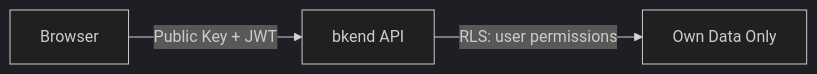
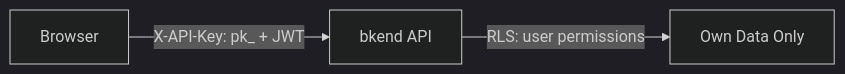
One commit to popup-studio-ai/bkend-docs changed the first of 2 diagrams in en/security/03-public-vs-secret.md. Above: the diagram before and after it, drawn with Mermaid (dark theme). The commit also changed other lines of this file and 365 other files, not shown here.

````diff
--- a/en/security/03-public-vs-secret.md
+++ b/en/security/03-public-vs-secret.md
@@ -88,5 +92,5 @@
 ```mermaid
 flowchart LR
-    A[Browser] -->|Public Key + JWT| B[bkend API]
+    A[Browser] -->|"X-API-Key: pk_ + JWT"| B[bkend API]
     B -->|RLS: user permissions| C[Own Data Only]
 ```
````
